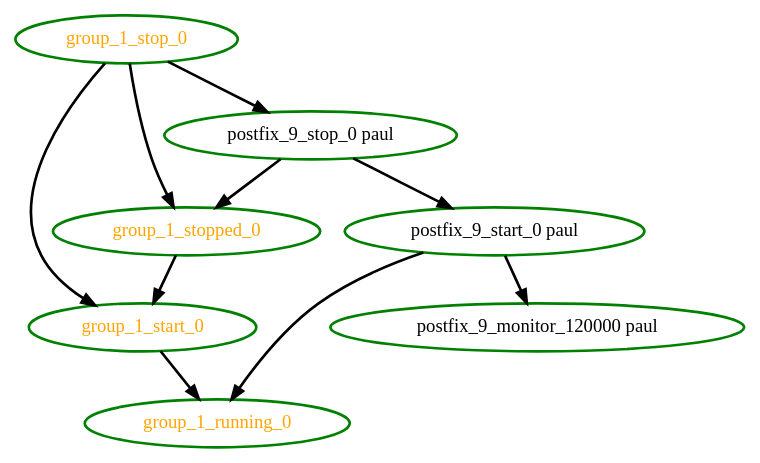
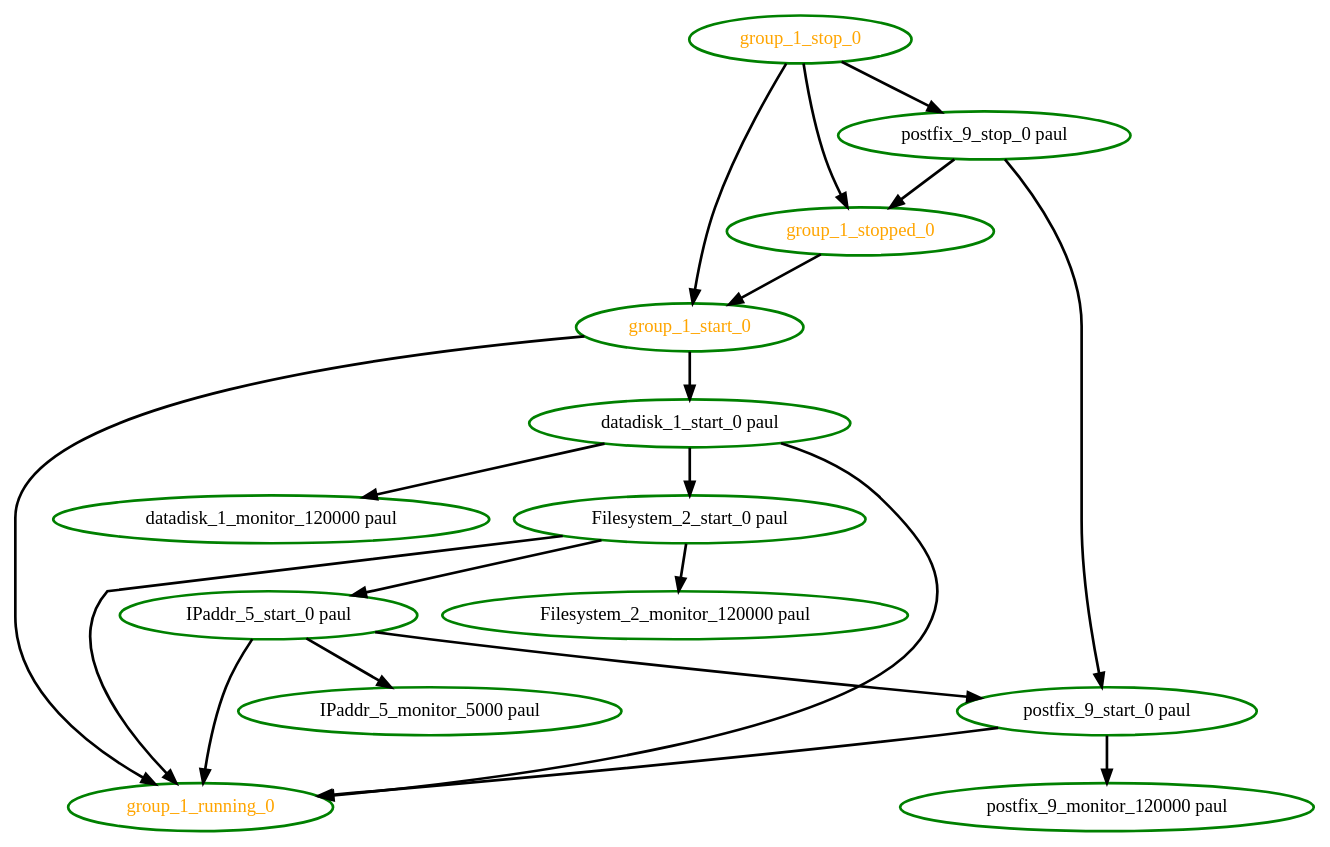
Before and after one commit to richiewen8/heartbeat: the diagram in crm/pengine/testcases/994.dot, drawn with Graphviz. The commit also changed 25 other files, not shown here.

```diff
--- a/crm/pengine/testcases/994.dot
+++ b/crm/pengine/testcases/994.dot
@@ -1,18 +1,34 @@
  digraph "g" {
+"Filesystem_2_monitor_120000 paul" [ style=bold color="green" fontcolor="black"  ]
+"Filesystem_2_start_0 paul" -> "Filesystem_2_monitor_120000 paul" [ style = bold]
+"Filesystem_2_start_0 paul" -> "IPaddr_5_start_0 paul" [ style = bold]
+"Filesystem_2_start_0 paul" -> "group_1_running_0" [ style = bold]
+"Filesystem_2_start_0 paul" [ style=bold color="green" fontcolor="black"  ]
+"IPaddr_5_monitor_5000 paul" [ style=bold color="green" fontcolor="black"  ]
+"IPaddr_5_start_0 paul" -> "IPaddr_5_monitor_5000 paul" [ style = bold]
+"IPaddr_5_start_0 paul" -> "group_1_running_0" [ style = bold]
+"IPaddr_5_start_0 paul" -> "postfix_9_start_0 paul" [ style = bold]
+"IPaddr_5_start_0 paul" [ style=bold color="green" fontcolor="black"  ]
+"datadisk_1_monitor_120000 paul" [ style=bold color="green" fontcolor="black"  ]
+"datadisk_1_start_0 paul" -> "Filesystem_2_start_0 paul" [ style = bold]
+"datadisk_1_start_0 paul" -> "datadisk_1_monitor_120000 paul" [ style = bold]
+"datadisk_1_start_0 paul" -> "group_1_running_0" [ style = bold]
+"datadisk_1_start_0 paul" [ style=bold color="green" fontcolor="black"  ]
 "group_1_running_0" [ style=bold color="green" fontcolor="orange" ]
+"group_1_start_0" -> "datadisk_1_start_0 paul" [ style = bold]
 "group_1_start_0" -> "group_1_running_0" [ style = bold]
 "group_1_start_0" [ style=bold color="green" fontcolor="orange" ]
 "group_1_stop_0" -> "group_1_start_0" [ style = bold]
 "group_1_stop_0" -> "group_1_stopped_0" [ style = bold]
 "group_1_stop_0" -> "postfix_9_stop_0 paul" [ style = bold]
 "group_1_stop_0" [ style=bold color="green" fontcolor="orange" ]
 "group_1_stopped_0" -> "group_1_start_0" [ style = bold]
 "group_1_stopped_0" [ style=bold color="green" fontcolor="orange" ]
 "postfix_9_monitor_120000 paul" [ style=bold color="green" fontcolor="black" ]
 "postfix_9_start_0 paul" -> "group_1_running_0" [ style = bold]
 "postfix_9_start_0 paul" -> "postfix_9_monitor_120000 paul" [ style = bold]
 "postfix_9_start_0 paul" [ style=bold color="green" fontcolor="black" ]
 "postfix_9_stop_0 paul" -> "group_1_stopped_0" [ style = bold]
 "postfix_9_stop_0 paul" -> "postfix_9_start_0 paul" [ style = bold]
 "postfix_9_stop_0 paul" [ style=bold color="green" fontcolor="black" ]
 }
```
